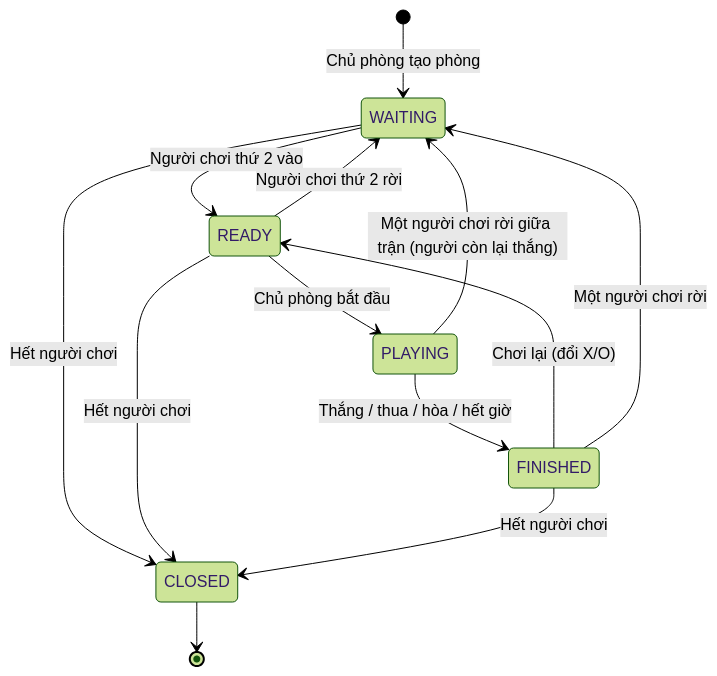
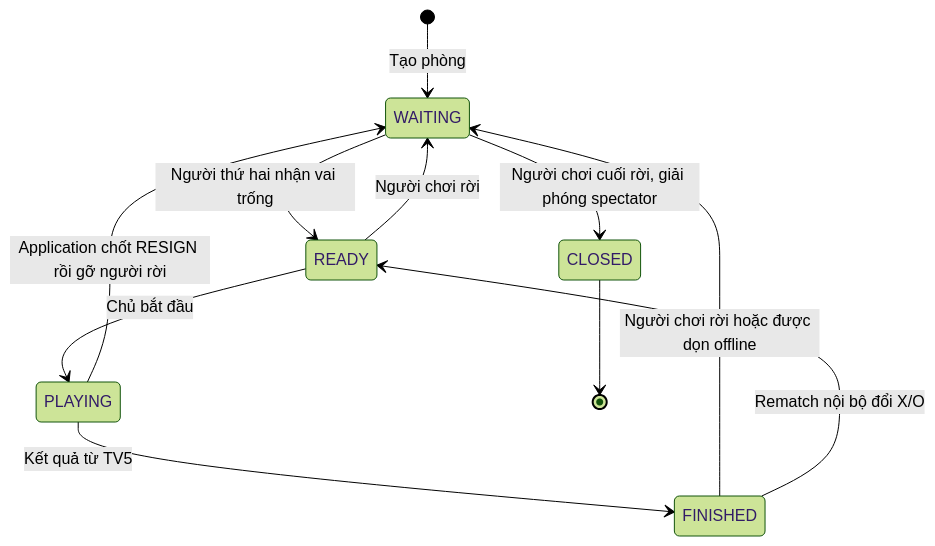
Before and after one commit to younglilbon/NET_262701303_03-UDM_16: the first of 4 diagrams in DOCX/Design/room_match_analysis.md, drawn with Mermaid (forest theme). The commit also changed other lines of this file and 3 other files, not shown here.

````diff
--- a/DOCX/Design/room_match_analysis.md
+++ b/DOCX/Design/room_match_analysis.md
@@ -72,15 +35,13 @@
 ```mermaid
 stateDiagram-v2
-    [*] --> WAITING: Chủ phòng tạo phòng
-    WAITING --> READY: Người chơi thứ 2 vào
-    READY --> WAITING: Người chơi thứ 2 rời
-    READY --> PLAYING: Chủ phòng bắt đầu
-    PLAYING --> FINISHED: Thắng / thua / hòa / hết giờ
-    PLAYING --> WAITING: Một người chơi rời giữa trận (người còn lại thắng)
-    FINISHED --> READY: Chơi lại (đổi X/O)
-    FINISHED --> WAITING: Một người chơi rời
-    WAITING --> CLOSED: Hết người chơi
-    READY --> CLOSED: Hết người chơi
-    FINISHED --> CLOSED: Hết người chơi
+    [*] --> WAITING: Tạo phòng
+    WAITING --> READY: Người thứ hai nhận vai trống
+    READY --> PLAYING: Chủ bắt đầu
+    PLAYING --> FINISHED: Kết quả từ TV5
+    READY --> WAITING: Người chơi rời
+    PLAYING --> WAITING: Application chốt RESIGN rồi gỡ người rời
+    FINISHED --> WAITING: Người chơi rời hoặc được dọn offline
+    FINISHED --> READY: Rematch nội bộ đổi X/O
+    WAITING --> CLOSED: Người chơi cuối rời, giải phóng spectator
     CLOSED --> [*]
 ```
````
